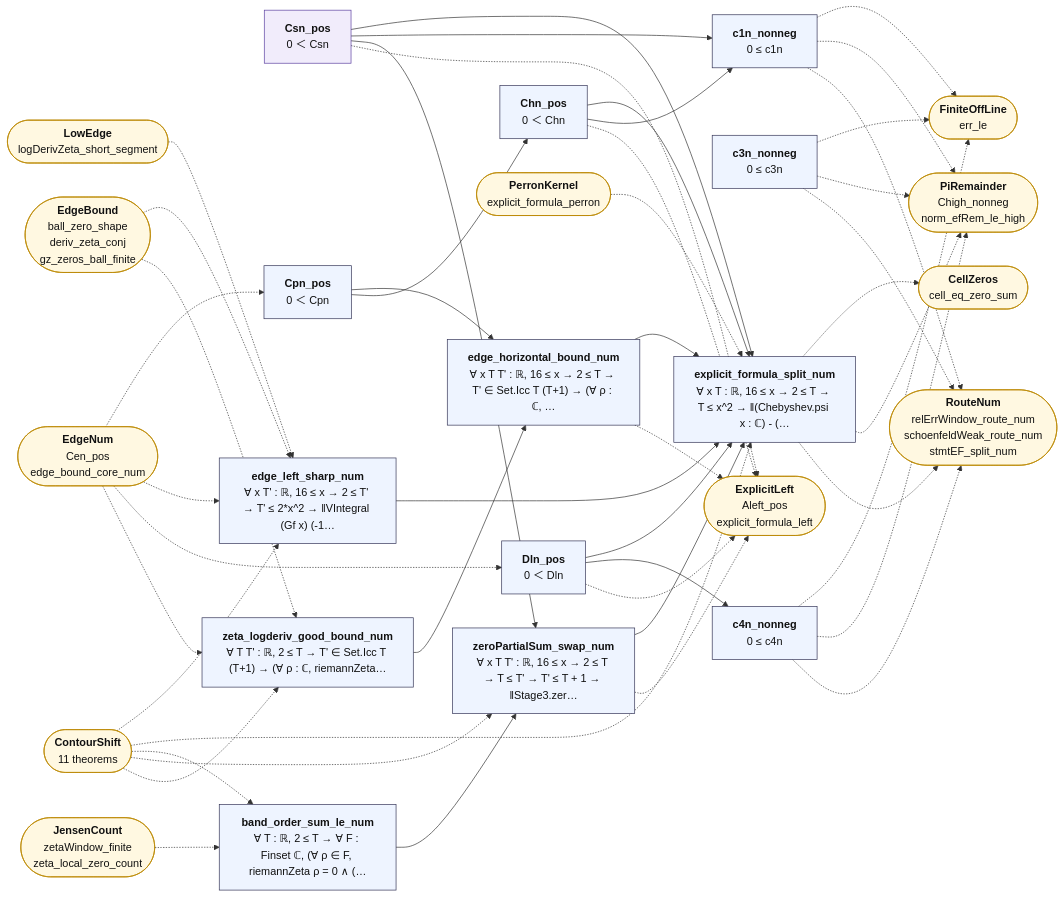
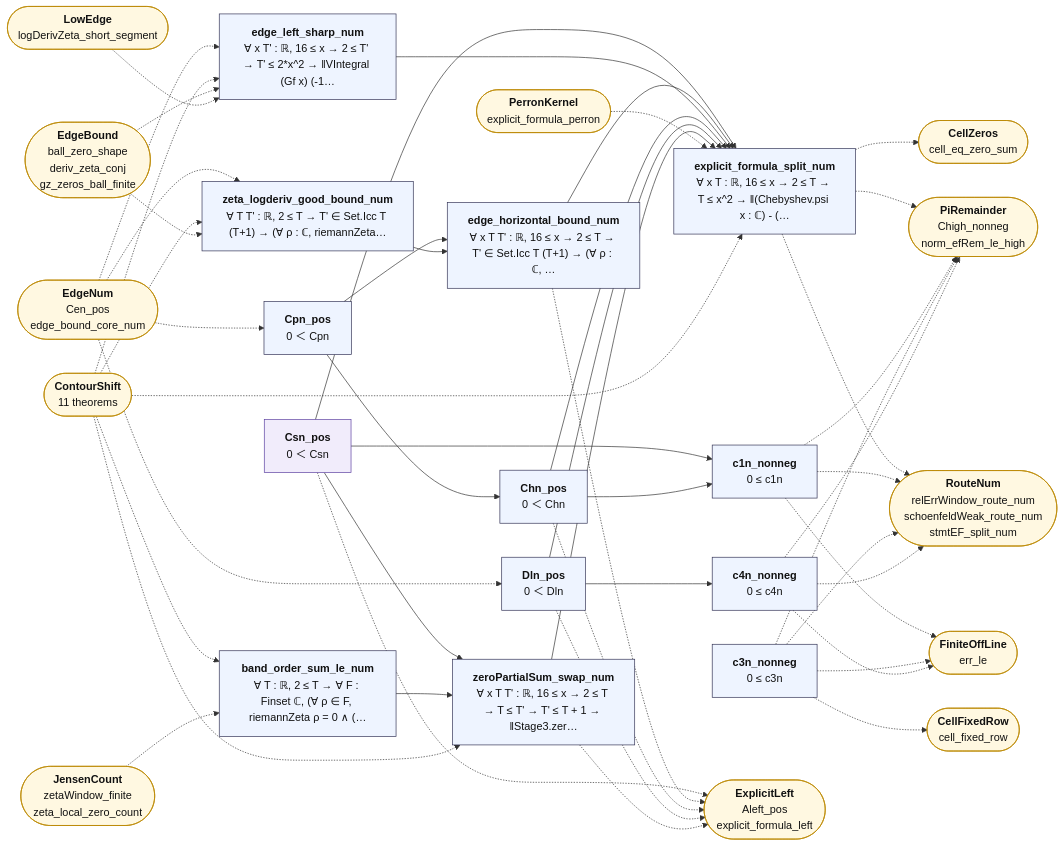
One commit to juliansambranojr/Primebeat_081426 changed the diagram in map/lean_stage3/GlueNum.mmd. Above: the diagram before and after it, drawn with Mermaid. The commit also changed 35 other files, not shown here.

```diff
--- a/map/lean_stage3/GlueNum.mmd
+++ b/map/lean_stage3/GlueNum.mmd
@@ -1,78 +1,80 @@
 flowchart LR
   n0["<b>Csn_pos</b><br/>0 ＜ Csn"]:::shp
   n1["<b>Cpn_pos</b><br/>0 ＜ Cpn"]:::thm
   n2["<b>Chn_pos</b><br/>0 ＜ Chn"]:::thm
   n3["<b>Dln_pos</b><br/>0 ＜ Dln"]:::thm
   n4["<b>c1n_nonneg</b><br/>0 ≤ c1n"]:::thm
   n5["<b>c3n_nonneg</b><br/>0 ≤ c3n"]:::thm
   n6["<b>c4n_nonneg</b><br/>0 ≤ c4n"]:::thm
   n7["<b>band_order_sum_le_num</b><br/>∀ T : ℝ, 2 ≤ T → ∀ F : Finset ℂ, (∀ ρ ∈ F, riemannZeta ρ = 0 ∧ (…"]:::thm
   n8["<b>zeroPartialSum_swap_num</b><br/>∀ x T T' : ℝ, 16 ≤ x → 2 ≤ T → T ≤ T' → T' ≤ T + 1 → ‖Stage3.zer…"]:::thm
   n9["<b>zeta_logderiv_good_bound_num</b><br/>∀ T T' : ℝ, 2 ≤ T → T' ∈ Set.Icc T (T+1) → (∀ ρ : ℂ, riemannZeta…"]:::thm
   n10["<b>edge_horizontal_bound_num</b><br/>∀ x T T' : ℝ, 16 ≤ x → 2 ≤ T → T' ∈ Set.Icc T (T+1) → (∀ ρ : ℂ, …"]:::thm
   n11["<b>edge_left_sharp_num</b><br/>∀ x T' : ℝ, 16 ≤ x → 2 ≤ T' → T' ≤ 2*x^2 → ‖VIntegral (Gf x) (-1…"]:::thm
   n12["<b>explicit_formula_split_num</b><br/>∀ x T : ℝ, 16 ≤ x → 2 ≤ T → T ≤ x^2 → ‖(Chebyshev.psi x : ℂ) - (…"]:::thm
   x0(["<b>ExplicitLeft</b><br/>Aleft_pos<br/>explicit_formula_left"]):::ext
   x1(["<b>EdgeNum</b><br/>Cen_pos<br/>edge_bound_core_num"]):::ext
   x2(["<b>FiniteOffLine</b><br/>err_le"]):::ext
   x3(["<b>PiRemainder</b><br/>Chigh_nonneg<br/>norm_efRem_le_high"]):::ext
   x4(["<b>RouteNum</b><br/>relErrWindow_route_num<br/>schoenfeldWeak_route_num<br/>stmtEF_split_num"]):::ext
-  x5(["<b>ContourShift</b><br/>11 theorems"]):::ext
-  x6(["<b>JensenCount</b><br/>zetaWindow_finite<br/>zeta_local_zero_count"]):::ext
-  x7(["<b>EdgeBound</b><br/>ball_zero_shape<br/>deriv_zeta_conj<br/>gz_zeros_ball_finite"]):::ext
-  x8(["<b>LowEdge</b><br/>logDerivZeta_short_segment"]):::ext
-  x9(["<b>PerronKernel</b><br/>explicit_formula_perron"]):::ext
-  x10(["<b>CellZeros</b><br/>cell_eq_zero_sum"]):::ext
+  x5(["<b>CellFixedRow</b><br/>cell_fixed_row"]):::ext
+  x6(["<b>ContourShift</b><br/>11 theorems"]):::ext
+  x7(["<b>JensenCount</b><br/>zetaWindow_finite<br/>zeta_local_zero_count"]):::ext
+  x8(["<b>EdgeBound</b><br/>ball_zero_shape<br/>deriv_zeta_conj<br/>gz_zeros_ball_finite"]):::ext
+  x9(["<b>LowEdge</b><br/>logDerivZeta_short_segment"]):::ext
+  x10(["<b>PerronKernel</b><br/>explicit_formula_perron"]):::ext
+  x11(["<b>CellZeros</b><br/>cell_eq_zero_sum"]):::ext
   n0 --> n12
   n0 --> n4
   n0 --> n8
   n1 --> n10
   n1 --> n2
   n10 --> n12
   n11 --> n12
   n2 --> n12
   n2 --> n4
   n3 --> n12
   n3 --> n6
   n7 --> n8
   n8 --> n12
   n9 --> n10
   n0 -.-> x0
   n10 -.-> x0
-  n12 -.-> x10
+  n12 -.-> x11
   n12 -.-> x3
   n12 -.-> x4
   n2 -.-> x0
   n3 -.-> x0
   n4 -.-> x2
   n4 -.-> x3
   n4 -.-> x4
   n5 -.-> x2
   n5 -.-> x3
   n5 -.-> x4
+  n5 -.-> x5
   n6 -.-> x2
   n6 -.-> x3
   n6 -.-> x4
   n8 -.-> x0
   x1 -.-> n1
   x1 -.-> n11
   x1 -.-> n3
   x1 -.-> n9
-  x5 -.-> n11
-  x5 -.-> n12
-  x5 -.-> n7
-  x5 -.-> n8
-  x5 -.-> n9
+  x10 -.-> n12
+  x6 -.-> n11
+  x6 -.-> n12
   x6 -.-> n7
-  x7 -.-> n11
-  x7 -.-> n9
+  x6 -.-> n8
+  x6 -.-> n9
+  x7 -.-> n7
   x8 -.-> n11
-  x9 -.-> n12
+  x8 -.-> n9
+  x9 -.-> n11
   classDef cnt fill:#dff5ec,stroke:#17694a,color:#111
   classDef shp fill:#f1ecfb,stroke:#5b3fa0,color:#111
   classDef rh fill:#ffe5e5,stroke:#c22,color:#111,stroke-width:2px
   classDef thm fill:#eef4ff,stroke:#335,color:#111
   classDef end_ fill:#e7f7e7,stroke:#2a7,color:#111,stroke-width:2px
   classDef lone fill:#fff,stroke:#999,color:#111,stroke-dasharray:4 3
   classDef bad fill:#ffe5e5,stroke:#c22,color:#111,stroke-width:2px
   classDef ext fill:#fff8e1,stroke:#b80,color:#111
```
